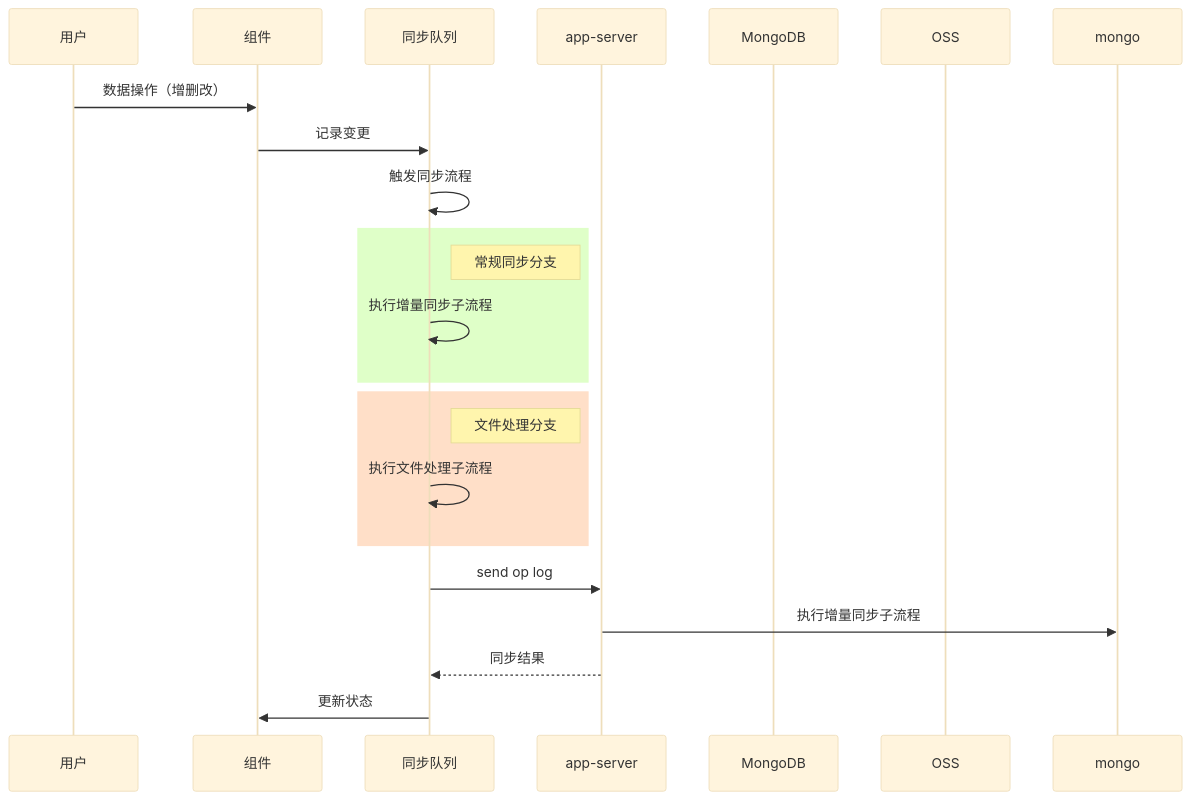
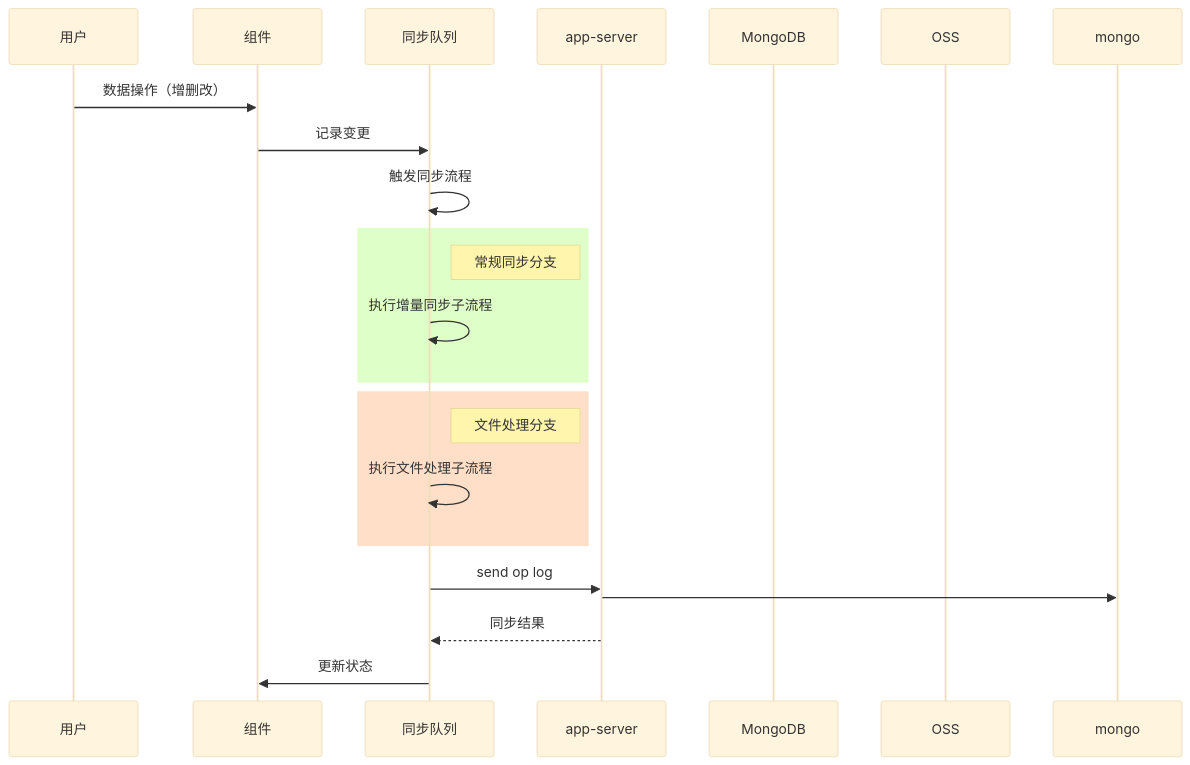
Before and after one commit to yingjianzh/iodraw-files: the diagram in all/未命名-24.md, drawn with Mermaid (base theme).

Commit message:
2025-02-24 16:21:32 update

````diff
--- a/all/未命名-24.md
+++ b/all/未命名-24.md
@@ -1,33 +1,33 @@
 ```mermaid
 
 sequenceDiagram
     participant 用户
     participant 组件
     participant 同步队列
     participant app-server
     participant MongoDB
     participant OSS
 
 
     用户->>组件: 数据操作（增删改）
     组件->>同步队列: 记录变更
     同步队列->>同步队列: 触发同步流程
 
 
     rect rgb(223,255,200)
     Note right of 同步队列: 常规同步分支
     同步队列->>同步队列: 执行增量同步子流程
     end
 
     rect rgb(255,223,200)
     Note right of 同步队列: 文件处理分支
     同步队列->>同步队列: 执行文件处理子流程
     end
     
     同步队列->>app-server: send op log
-    app-server->>mongo: 执行增量同步子流程
+    app-server->>mongo: 
 
     app-server-->>同步队列: 同步结果
     同步队列->>组件: 更新状态
 
 ```
````
